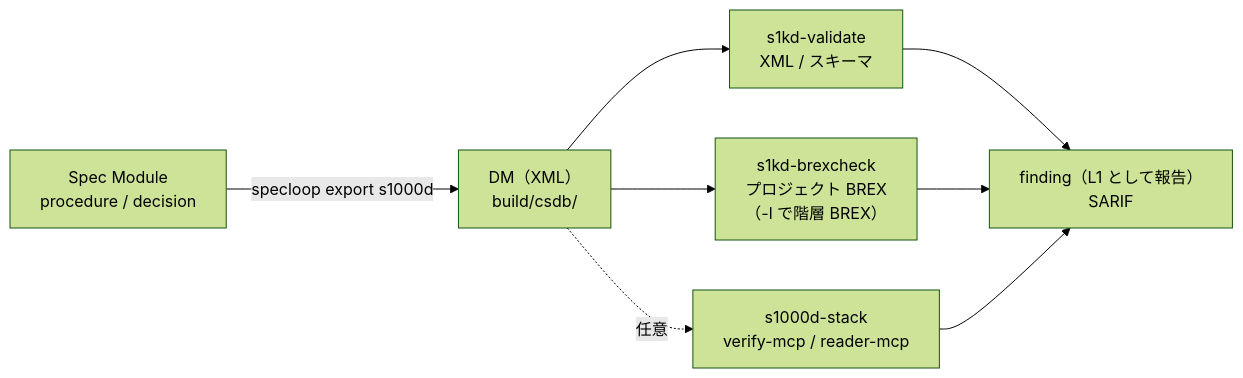
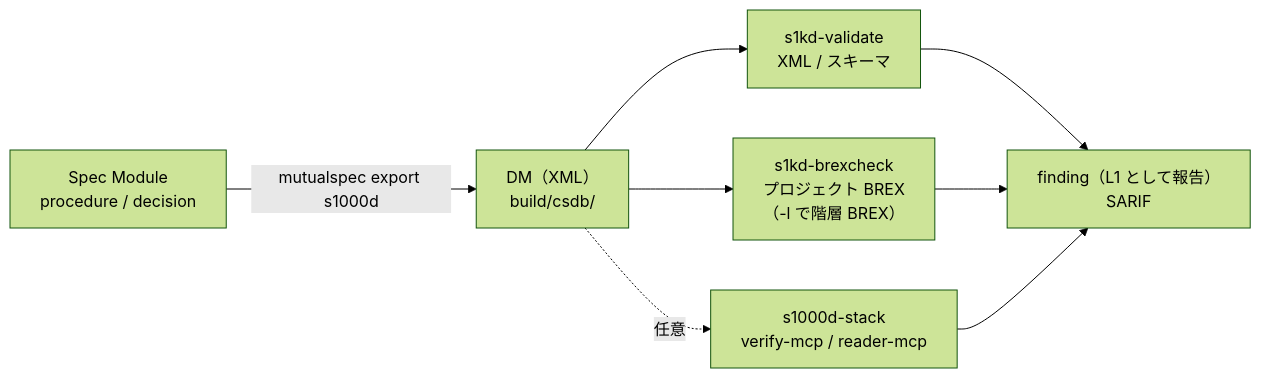
The diagram in docs/10-s1000d-profile.md (shuji-bonji/mutualspec), drawn with Mermaid (forest theme) before and after one commit. The commit also changed other lines of this file and 86 other files, not shown here.

````diff
--- a/docs/10-s1000d-profile.md
+++ b/docs/10-s1000d-profile.md
@@ -79,10 +79,10 @@
 ```mermaid
 flowchart LR
-  SM["Spec Module<br/>procedure / decision"] -->|"specloop export s1000d"| DM["DM（XML）<br/>build/csdb/"]
+  SM["Spec Module<br/>procedure / decision"] -->|"mutualspec export s1000d"| DM["DM（XML）<br/>build/csdb/"]
   DM --> XSD["s1kd-validate<br/>XML / スキーマ"]
   DM --> BREX["s1kd-brexcheck<br/>プロジェクト BREX<br/>（-l で階層 BREX）"]
   DM -.->|"任意"| STACK["s1000d-stack<br/>verify-mcp / reader-mcp"]
   XSD --> REP["finding（L1 として報告）<br/>SARIF"]
   BREX --> REP
   STACK --> REP
 ```
````
